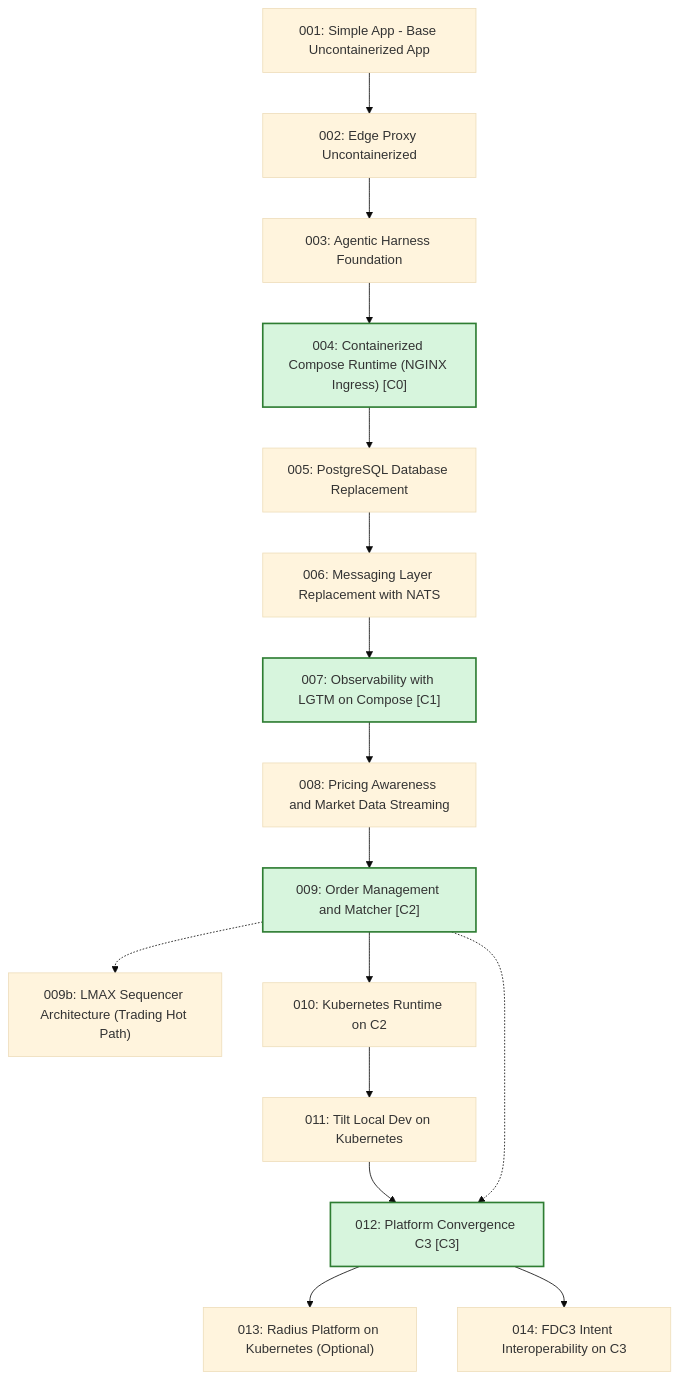
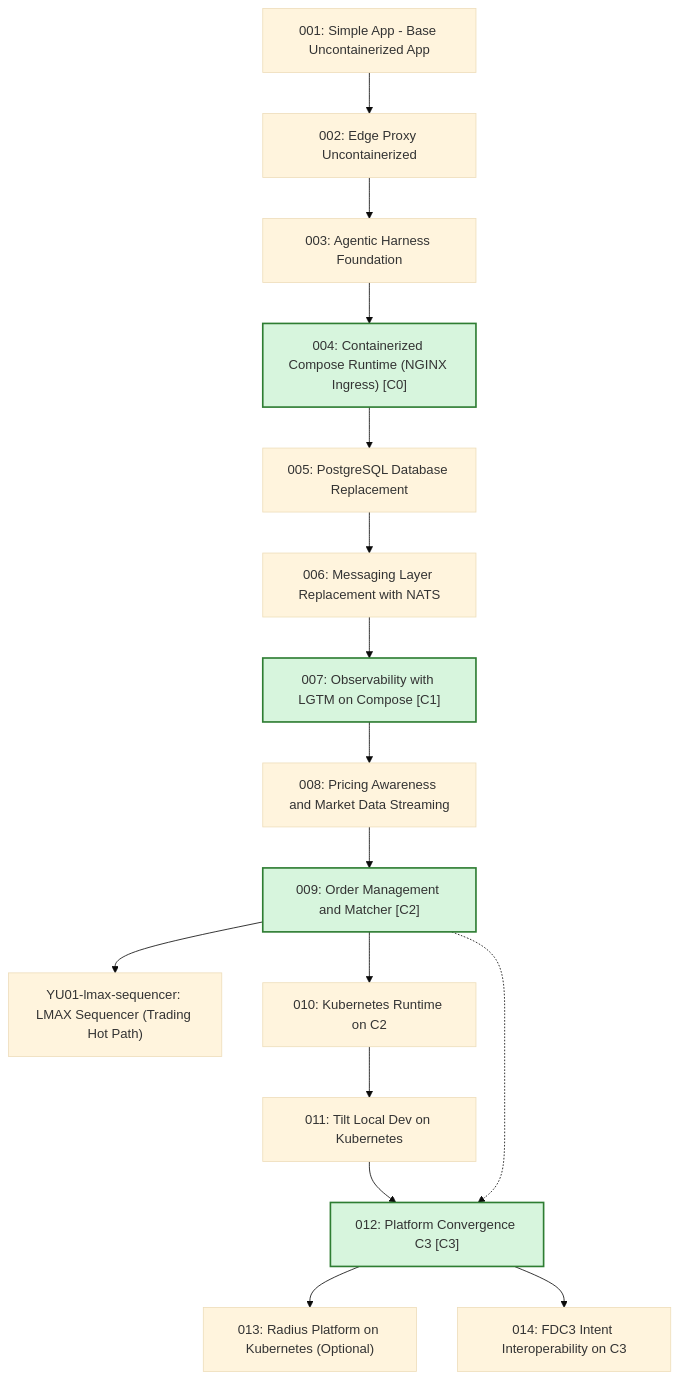
Before and after one commit to YU-CS-Summer-2026-Distributed-TraderX/traderX: the second of 3 diagrams in docs/learning-paths/index.md, drawn with Mermaid (base theme). The commit also changed other lines of this file and 112 other files, not shown here.

````diff
--- a/docs/learning-paths/index.md
+++ b/docs/learning-paths/index.md
@@ -36,53 +36,53 @@
 ```mermaid
 flowchart TB
   S001_baseline_uncontainerized_parity["001: Simple App - Base Uncontainerized App"]
   S002_edge_proxy_uncontainerized["002: Edge Proxy Uncontainerized"]
   S003_agentic_harness_foundation["003: Agentic Harness Foundation"]
   S004_containerized_compose_runtime["004: Containerized Compose Runtime (NGINX Ingress) [C0]"]
   S005_postgres_database_replacement["005: PostgreSQL Database Replacement"]
   S006_messaging_nats_replacement["006: Messaging Layer Replacement with NATS"]
   S007_observability_lgtm_compose["007: Observability with LGTM on Compose [C1]"]
   S008_pricing_awareness_market_data["008: Pricing Awareness and Market Data Streaming"]
   S009_order_management_matcher["009: Order Management and Matcher [C2]"]
-  S009b_lmax_sequencer_architecture["009b: LMAX Sequencer Architecture (Trading Hot Path)"]
+  SYU01_lmax_sequencer["YU01-lmax-sequencer: LMAX Sequencer (Trading Hot Path)"]
   S010_kubernetes_runtime["010: Kubernetes Runtime on C2"]
   S011_tilt_kubernetes_dev_loop["011: Tilt Local Dev on Kubernetes"]
   S012_platform_convergence_c3["012: Platform Convergence C3 [C3]"]
   S013_radius_kubernetes_platform["013: Radius Platform on Kubernetes (Optional)"]
   S014_fdc3_intent_interoperability["014: FDC3 Intent Interoperability on C3"]
   S001_baseline_uncontainerized_parity --> S002_edge_proxy_uncontainerized
   S002_edge_proxy_uncontainerized --> S003_agentic_harness_foundation
   S003_agentic_harness_foundation --> S004_containerized_compose_runtime
   S004_containerized_compose_runtime --> S005_postgres_database_replacement
   S005_postgres_database_replacement --> S006_messaging_nats_replacement
   S006_messaging_nats_replacement --> S007_observability_lgtm_compose
   S007_observability_lgtm_compose --> S008_pricing_awareness_market_data
   S008_pricing_awareness_market_data --> S009_order_management_matcher
-  S009_order_management_matcher -.-> S009b_lmax_sequencer_architecture
+  S009_order_management_matcher --> SYU01_lmax_sequencer
   S009_order_management_matcher --> S010_kubernetes_runtime
   S010_kubernetes_runtime --> S011_tilt_kubernetes_dev_loop
   S011_tilt_kubernetes_dev_loop --> S012_platform_convergence_c3
   S012_platform_convergence_c3 --> S013_radius_kubernetes_platform
   S012_platform_convergence_c3 --> S014_fdc3_intent_interoperability
   S009_order_management_matcher -.-> S012_platform_convergence_c3
   click S001_baseline_uncontainerized_parity href "/specs/baseline-uncontainerized-parity" "Open State 001 Spec Pack"
   click S002_edge_proxy_uncontainerized href "/specs/edge-proxy-uncontainerized" "Open State 002 Spec Pack"
   click S003_agentic_harness_foundation href "/specs/agentic-harness-foundation" "Open State 003 Spec Pack"
   click S004_containerized_compose_runtime href "/specs/containerized-compose-runtime" "Open State 004 Spec Pack"
   click S005_postgres_database_replacement href "/specs/postgres-database-replacement" "Open State 005 Spec Pack"
   click S006_messaging_nats_replacement href "/specs/messaging-nats-replacement" "Open State 006 Spec Pack"
   click S007_observability_lgtm_compose href "/specs/observability-lgtm-compose" "Open State 007 Spec Pack"
   click S008_pricing_awareness_market_data href "/specs/pricing-awareness-market-data" "Open State 008 Spec Pack"
   click S009_order_management_matcher href "/specs/order-management-matcher" "Open State 009 Spec Pack"
-  click S009b_lmax_sequencer_architecture href "/specs/lmax-sequencer-architecture" "Open State 009b Spec Pack"
+  click SYU01_lmax_sequencer href "/specs/YU01-lmax-sequencer" "Open State YU01-lmax-sequencer Spec Pack"
   click S010_kubernetes_runtime href "/specs/kubernetes-runtime" "Open State 010 Spec Pack"
   click S011_tilt_kubernetes_dev_loop href "/specs/tilt-kubernetes-dev-loop" "Open State 011 Spec Pack"
   click S012_platform_convergence_c3 href "/specs/platform-convergence-c3" "Open State 012 Spec Pack"
   click S013_radius_kubernetes_platform href "/specs/radius-kubernetes-platform" "Open State 013 Spec Pack"
   click S014_fdc3_intent_interoperability href "/specs/fdc3-intent-interoperability" "Open State 014 Spec Pack"
   classDef convergence fill:#d7f5dd,stroke:#2e7d32,stroke-width:2px
   class S004_containerized_compose_runtime convergence
   class S007_observability_lgtm_compose convergence
   class S009_order_management_matcher convergence
   class S012_platform_convergence_c3 convergence
 ```
````
